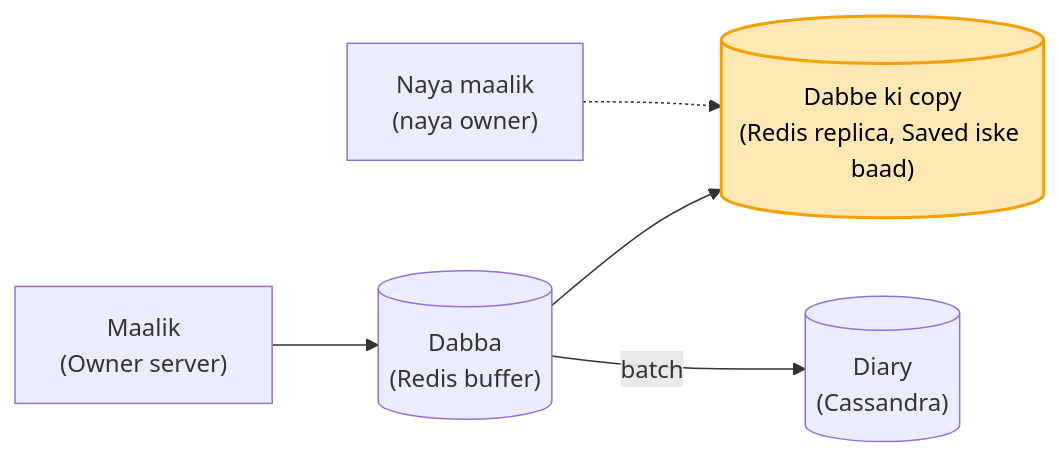
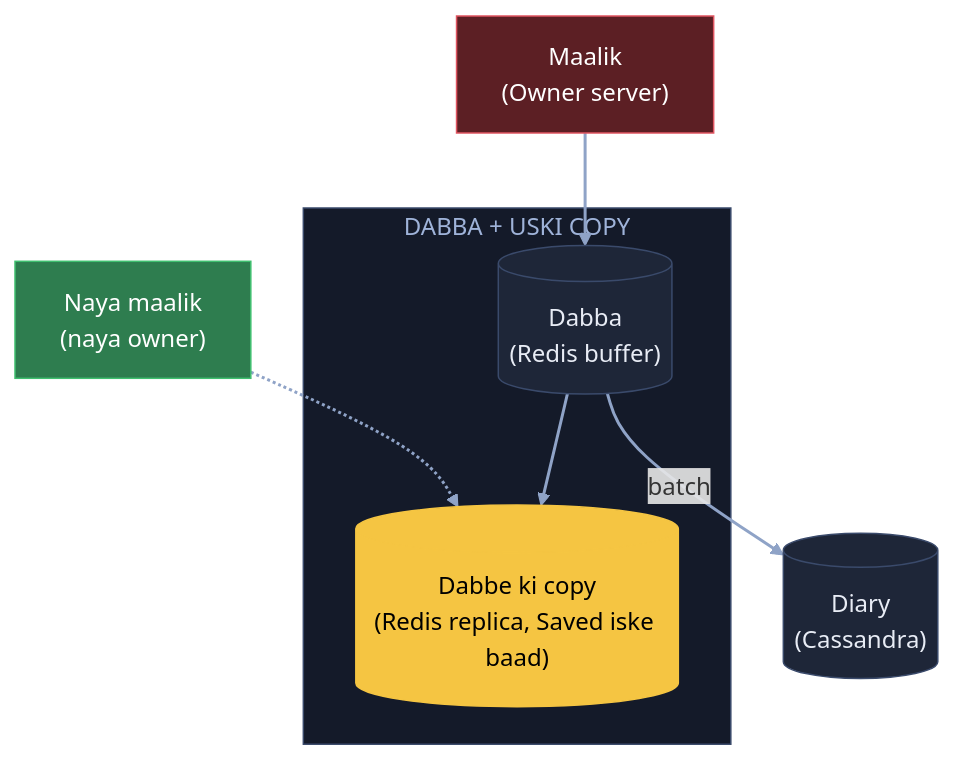
The fifth of 7 diagrams in 04_HLD/SYSTEM_DESIGNS/11_google_docs_collab/11_google_docs_collab.md (ArpanMaheshwari144/Prep), drawn with Mermaid before and after one commit. The commit also changed other lines of this file, not shown here.

Commit message:
Docs: 7 diagram YouTube (reel) wale card andaaz me

````diff
--- a/04_HLD/SYSTEM_DESIGNS/11_google_docs_collab/11_google_docs_collab.md
+++ b/04_HLD/SYSTEM_DESIGNS/11_google_docs_collab/11_google_docs_collab.md
@@ -123,8 +167,20 @@
 ```mermaid
-flowchart LR
-    O["Maalik<br/>(Owner server)"] --> B[("Dabba<br/>(Redis buffer)")]
-    B --> C[("Dabbe ki copy<br/>(Redis replica, Saved iske baad)")]
-    B -- "batch" --> D[("Diary<br/>(Cassandra)")]
-    N["Naya maalik<br/>(naya owner)"] -.-> C
-    style C fill:#ffe8b3,stroke:#f59f00,stroke-width:2px,color:#000
+flowchart TB
+    O["Maalik<br/>(Owner server)"]:::bad
+    subgraph DC["DABBA + USKI COPY"]
+        B[("Dabba<br/>(Redis buffer)")]:::card
+        C[("Dabbe ki copy<br/>(Redis replica, Saved iske baad)")]:::pill
+    end
+    D[("Diary<br/>(Cassandra)")]:::card
+    N["Naya maalik<br/>(naya owner)"]:::good
+    O --> B
+    B --> C
+    B -- "batch" --> D
+    N -.-> C
+    linkStyle default stroke:#8fa3c7,stroke-width:2px
+    classDef card fill:#1e2638,stroke:#3a4a6b,color:#e8ecf5
+    classDef pill fill:#f5c542,stroke:#f5c542,color:#000
+    classDef good fill:#2e7d4f,stroke:#3fbf6f,color:#fff
+    classDef bad fill:#5c1f24,stroke:#e05561,color:#fff
+    style DC fill:#141a29,stroke:#3a4a6b,color:#9fb3d9
 ```
````
